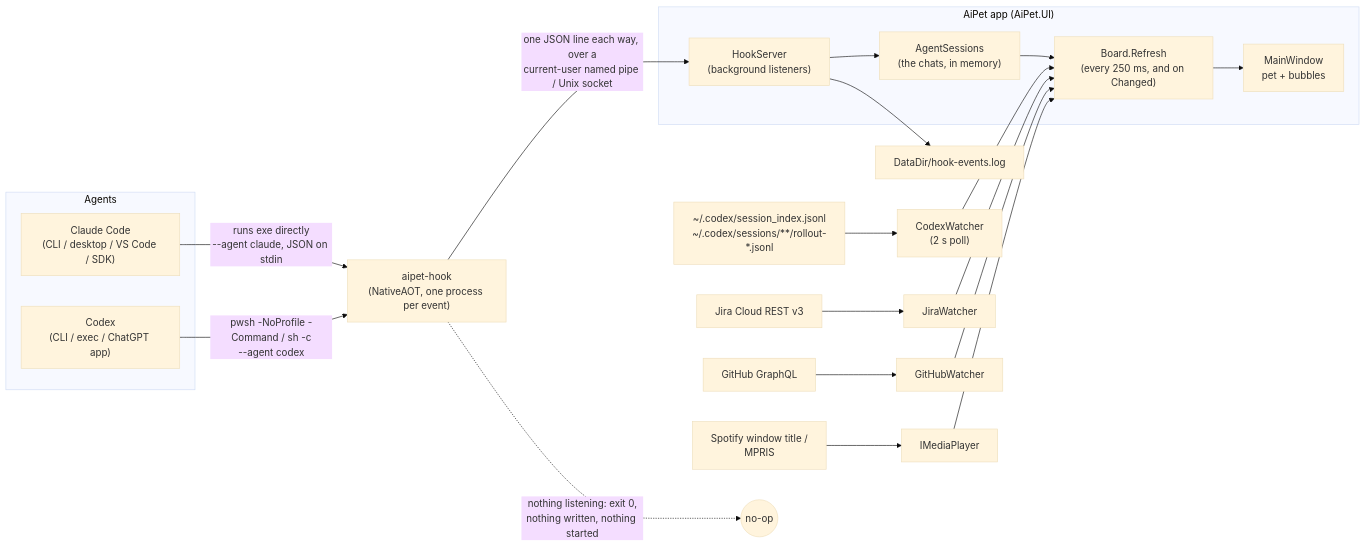
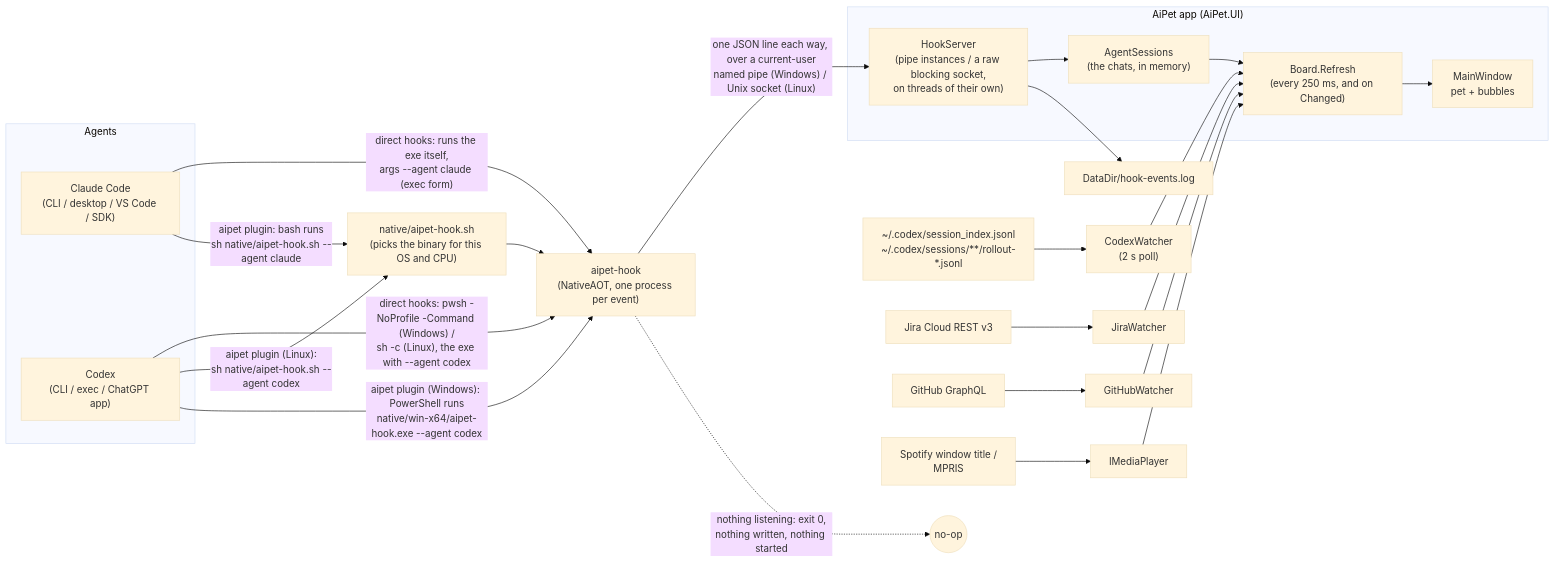
Before and after one commit to xMarcinator/ai-pet: the first of 2 diagrams in docs/ARCHITECTURE.md, drawn with Mermaid (base theme). The commit also changed other lines of this file and 67 other files, not shown here.

````diff
--- a/docs/ARCHITECTURE.md
+++ b/docs/ARCHITECTURE.md
@@ -11,25 +11,28 @@
 ```mermaid
 graph LR
   subgraph Agents
     CC["Claude Code<br/>(CLI / desktop / VS Code / SDK)"]
     CX["Codex<br/>(CLI / exec / ChatGPT app)"]
   end
 
-  CC -- "runs exe directly<br/>--agent claude, JSON on stdin" --> HOOK["aipet-hook<br/>(NativeAOT, one process per event)"]
-  CX -- "pwsh -NoProfile -Command / sh -c<br/>--agent codex" --> HOOK
+  CC -- "direct hooks: runs the exe itself,<br/>args --agent claude (exec form)" --> HOOK
+  CC -- "aipet plugin: bash runs<br/>sh native/aipet-hook.sh --agent claude" --> LAUNCH
+  CX -- "direct hooks: pwsh -NoProfile -Command (Windows) /<br/>sh -c (Linux), the exe with --agent codex" --> HOOK
+  CX -- "aipet plugin (Linux):<br/>sh native/aipet-hook.sh --agent codex" --> LAUNCH
+  CX -- "aipet plugin (Windows): PowerShell runs<br/>native/win-x64/aipet-hook.exe --agent codex" --> HOOK
+  LAUNCH["native/aipet-hook.sh<br/>(picks the binary for this OS and CPU)"] --> HOOK["aipet-hook<br/>(NativeAOT, one process per event)"]
 
-  LOG["DataDir/hook-events.log"]
-  HOOK -- "one JSON line each way, over a<br/>current-user named pipe / Unix socket" --> SRV
+  HOOK -- "one JSON line each way, over a current-user<br/>named pipe (Windows) / Unix socket (Linux)" --> SRV
   HOOK -. "nothing listening: exit 0,<br/>nothing written, nothing started" .-> NOOP(("no-op"))
 
   subgraph APP["AiPet app (AiPet.UI)"]
-    SRV["HookServer<br/>(background listeners)"] --> SESS["AgentSessions<br/>(the chats, in memory)"]
+    SRV["HookServer<br/>(pipe instances / a raw blocking socket,<br/>on threads of their own)"] --> SESS["AgentSessions<br/>(the chats, in memory)"]
     SESS --> BOARD["Board.Refresh<br/>(every 250 ms, and on Changed)"] --> MW["MainWindow<br/>pet + bubbles"]
   end
 
-  SRV --> LOG
+  SRV --> LOG["DataDir/hook-events.log"]
   CXS["~/.codex/session_index.jsonl<br/>~/.codex/sessions/**/rollout-*.jsonl"] --> CW["CodexWatcher<br/>(2 s poll)"] --> BOARD
   JIRA["Jira Cloud REST v3"] --> JW["JiraWatcher"] --> BOARD
   GH["GitHub GraphQL"] --> GW["GitHubWatcher"] --> BOARD
   MEDIA["Spotify window title /<br/>MPRIS"] --> MP["IMediaPlayer"] --> BOARD
 ```
````
